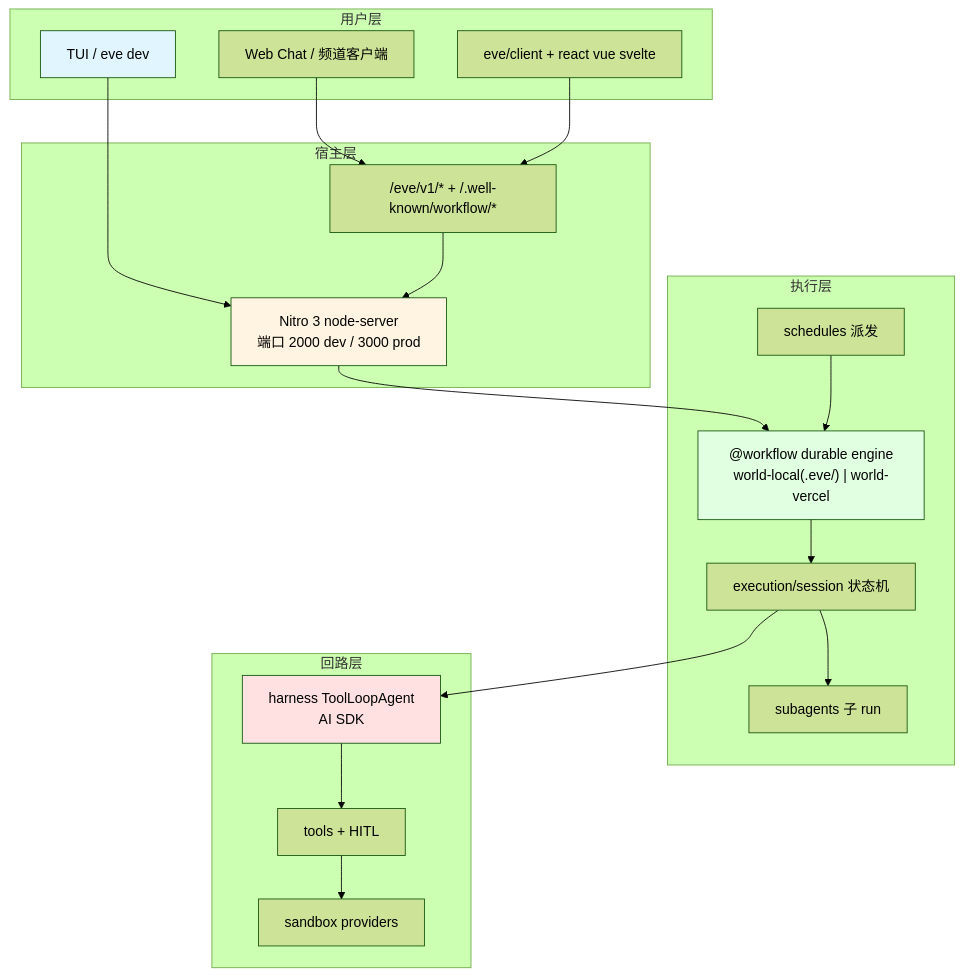
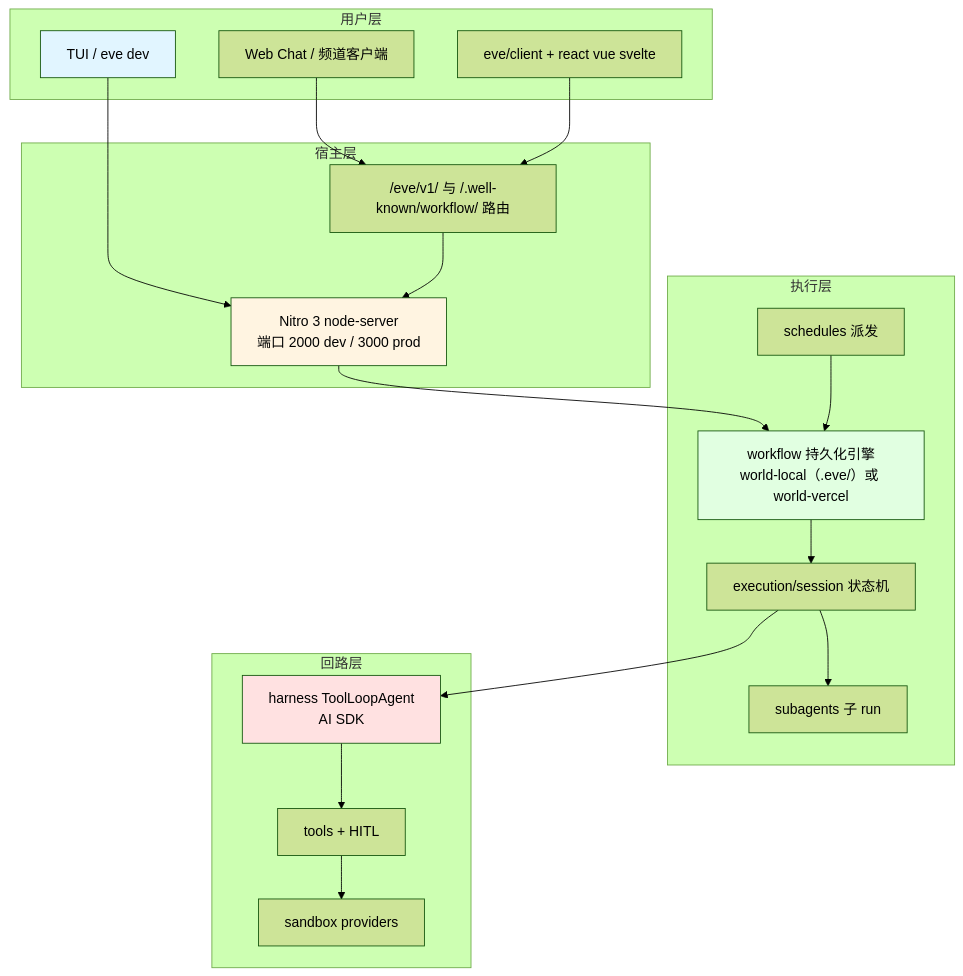
The fifth of 5 diagrams in out/运行机制分析.md (zjordon/eve), drawn with Mermaid (forest theme) before and after one commit. The commit also changed other lines of this file and 1 other file, not shown here.

First line of the commit message:
docs: use GitHub-compatible mermaid syntax in analysis reports

````diff
--- a/out/运行机制分析.md
+++ b/out/运行机制分析.md
@@ -162,39 +162,39 @@
 ```mermaid
 graph TB
     subgraph 用户层
         TUI[TUI / eve dev]
         WEB[Web Chat / 频道客户端]
         SDK[eve/client + react vue svelte]
     end
 
     subgraph 宿主层
         NITRO[Nitro 3 node-server<br/>端口 2000 dev / 3000 prod]
-        ROUTES["/eve/v1/* + /.well-known/workflow/*"]
+        ROUTES["/eve/v1/ 与 /.well-known/workflow/ 路由"]
     end
 
     subgraph 执行层
-        WF["@workflow durable engine<br/>world-local(.eve/) | world-vercel"]
+        WF["workflow 持久化引擎<br/>world-local（.eve/）或 world-vercel"]
         SESS[execution/session 状态机]
         SUB[subagents 子 run]
         CRON[schedules 派发]
     end
 
     subgraph 回路层
         HARNESS[harness ToolLoopAgent<br/>AI SDK]
         TOOLS[tools + HITL]
         SBX[sandbox providers]
     end
 
     TUI --> NITRO
     WEB --> ROUTES --> NITRO
     SDK --> ROUTES
     NITRO --> WF --> SESS
     SESS --> HARNESS --> TOOLS --> SBX
     SESS --> SUB
     CRON --> WF
 
     style TUI fill:#e1f5ff
     style NITRO fill:#fff4e1
     style WF fill:#e1ffe1
     style HARNESS fill:#ffe1e1
 ```
````
